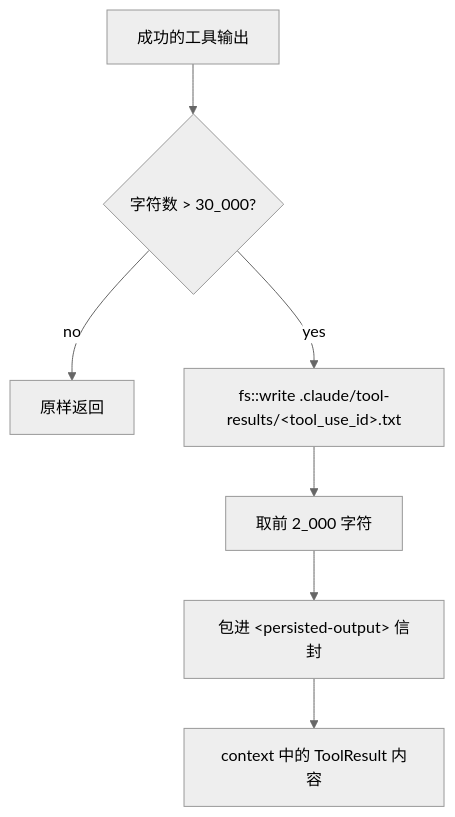
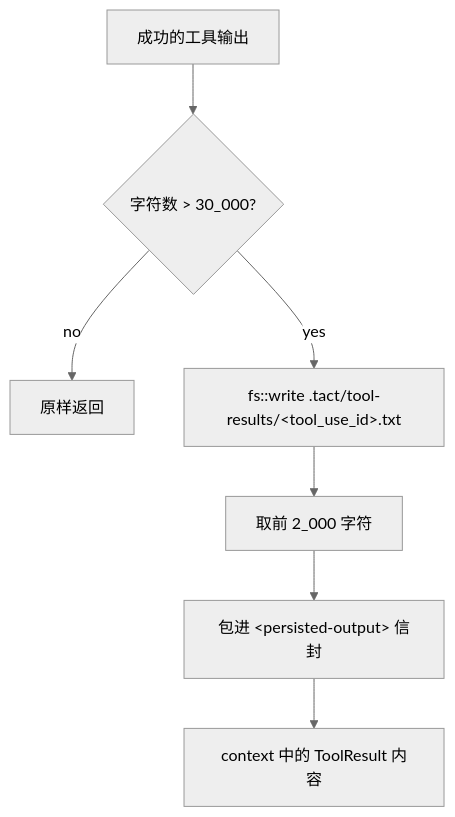
Before and after one commit to rust-infra/tact: diagram 12 of 15 in book/05_chapter_compact_zh.md, drawn with Mermaid (neutral theme). The commit also changed other lines of this file and 83 other files, not shown here.

````diff
--- a/book/05_chapter_compact_zh.md
+++ b/book/05_chapter_compact_zh.md
@@ -498,9 +568,9 @@
 ```mermaid
 flowchart TD
     Out[成功的工具输出] --> Th{字符数 > 30_000?}
     Th -->|no| Full[原样返回]
-    Th -->|yes| Write["fs::write .claude/tool-results/&lt;tool_use_id&gt;.txt"]
+    Th -->|yes| Write["fs::write .tact/tool-results/&lt;tool_use_id&gt;.txt"]
     Write --> Prev["取前 2_000 字符"]
     Prev --> Wrap["包进 &lt;persisted-output&gt; 信封"]
     Wrap --> TR[context 中的 ToolResult 内容]
 ```
````
